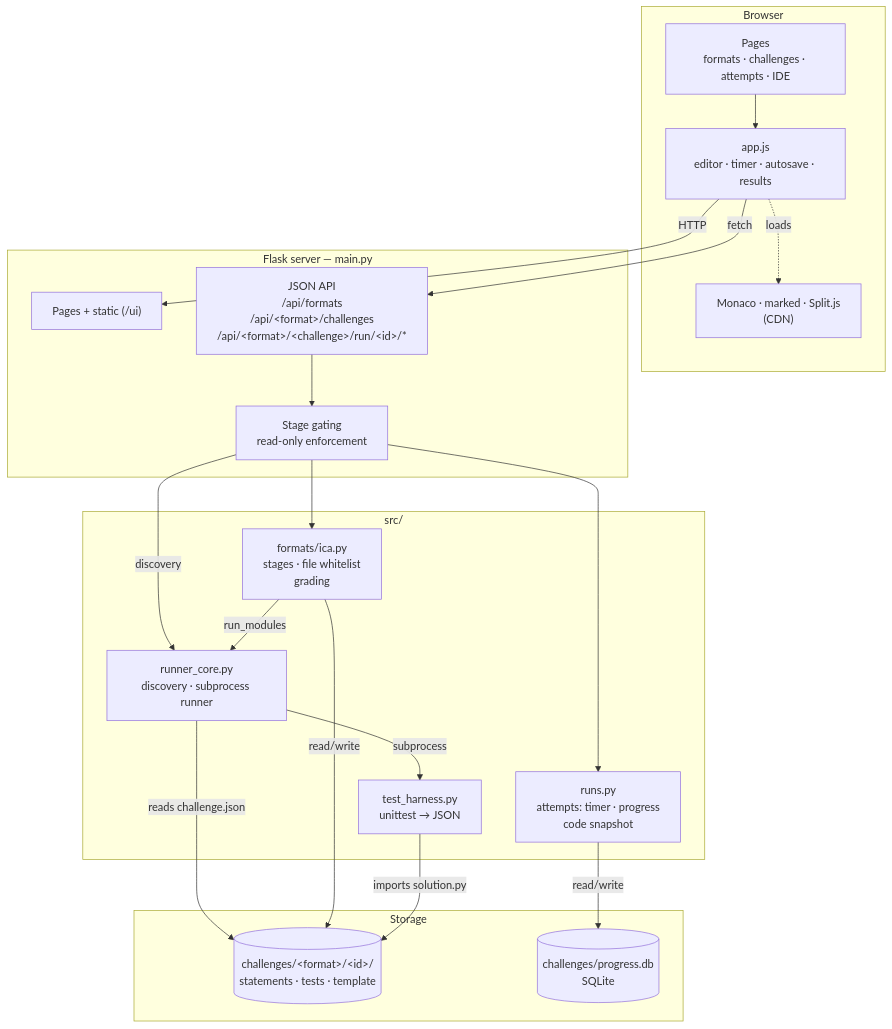
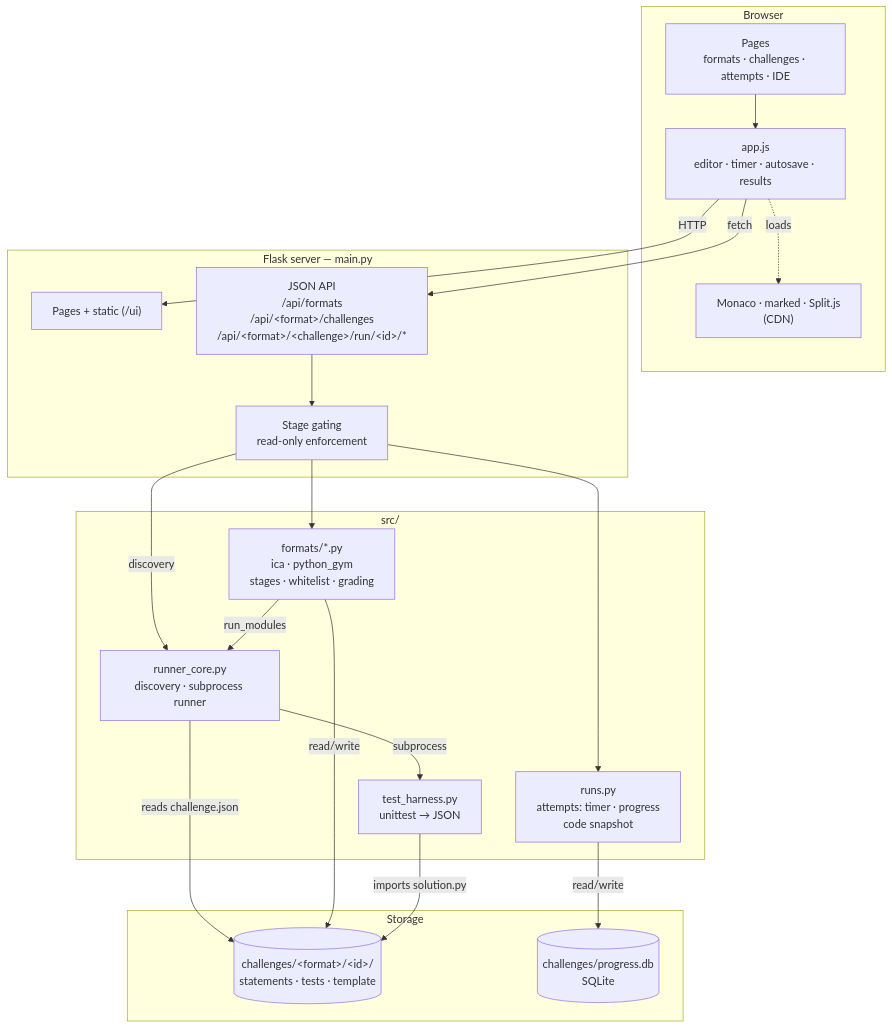
Before and after one commit to evertoncastro/CodeReps: the first of 4 diagrams in COMPONENTS.md, drawn with Mermaid. The commit also changed other lines of this file and 15 other files, not shown here.

````diff
--- a/COMPONENTS.md
+++ b/COMPONENTS.md
@@ -8,41 +9,41 @@
 ```mermaid
 graph TB
     subgraph browser["Browser"]
         pages["Pages<br/>formats · challenges · attempts · IDE"]
         appjs["app.js<br/>editor · timer · autosave · results"]
         cdn["Monaco · marked · Split.js<br/>(CDN)"]
         appjs -.->|"loads"| cdn
     end
 
     subgraph server["Flask server — main.py"]
         routes["Pages + static (/ui)"]
         api["JSON API<br/>/api/formats<br/>/api/&lt;format&gt;/challenges<br/>/api/&lt;format&gt;/&lt;challenge&gt;/run/&lt;id&gt;/*"]
         gate["Stage gating<br/>read-only enforcement"]
     end
 
     subgraph core["src/"]
-        fmt["formats/ica.py<br/>stages · file whitelist<br/>grading"]
+        fmt["formats/*.py<br/>ica · python_gym<br/>stages · whitelist · grading"]
         runner["runner_core.py<br/>discovery · subprocess runner"]
         runs["runs.py<br/>attempts: timer · progress<br/>code snapshot"]
         harness["test_harness.py<br/>unittest → JSON"]
     end
 
     subgraph storage["Storage"]
         lib[("challenges/&lt;format&gt;/&lt;id&gt;/<br/>statements · tests · template")]
         db[("challenges/progress.db<br/>SQLite")]
     end
 
     pages --> appjs
     appjs -->|"HTTP"| routes
     appjs -->|"fetch"| api
     api --> gate
     gate --> fmt
     gate --> runs
     gate -->|"discovery"| runner
     fmt -->|"run_modules"| runner
     runner -->|"subprocess"| harness
     runner -->|"reads challenge.json"| lib
     fmt -->|"read/write"| lib
     harness -->|"imports solution.py"| lib
     runs -->|"read/write"| db
 ```
````
